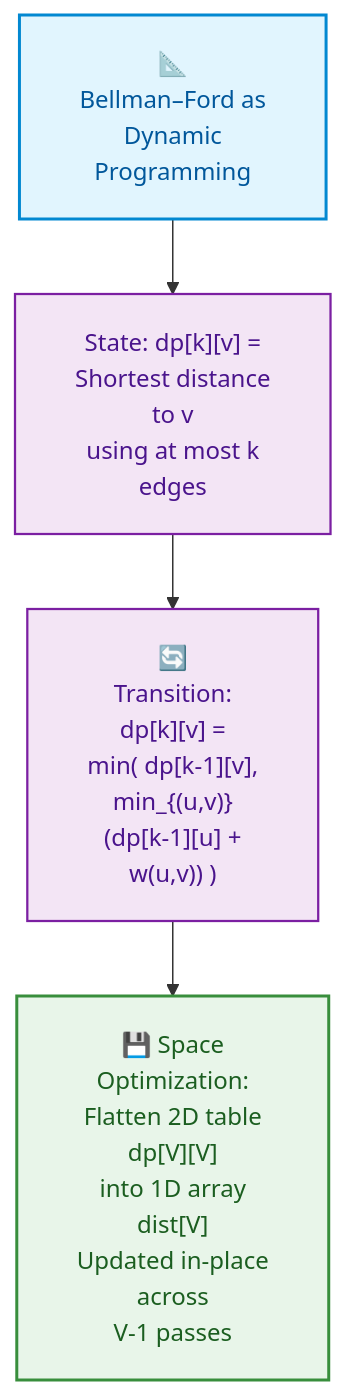
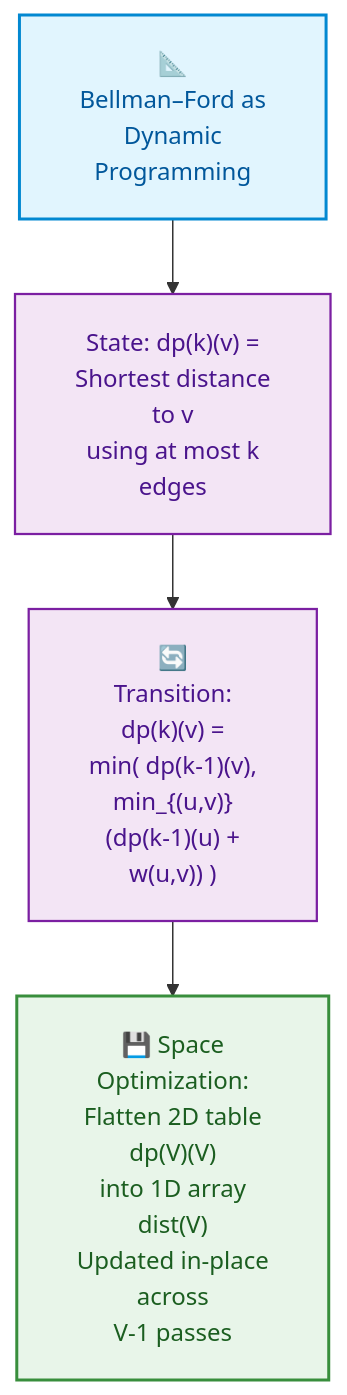
One commit to dip4k/DSA_102 changed the fifth of 15 diagrams in week_09_graph_algorithms_i/Week_09_Visual_Concepts_Playbook_HYBRID.md. Above: the diagram before and after it, drawn with Mermaid. The commit also changed other lines of this file and 147 other files, not shown here.

First line of the commit message:
feat(curriculum): enrich Weeks 01-19 instructional modules & resolve repository-wide Mermaid cutoff

````diff
--- a/week_09_graph_algorithms_i/Week_09_Visual_Concepts_Playbook_HYBRID.md
+++ b/week_09_graph_algorithms_i/Week_09_Visual_Concepts_Playbook_HYBRID.md
@@ -220,12 +220,12 @@
 ```mermaid
 %%{init: {"flowchart": {"htmlLabels": true, "padding": 20}, "themeCSS": "foreignObject { overflow: visible !important; }"}}%%
 flowchart TD
-    classDef dp fill:#e1f5fe,stroke:#0288d1,color:#01579b,stroke-width:2px;
-    classDef step fill:#f3e5f5,stroke:#7b1fa2,color:#4a148c,stroke-width:1.5px;
-    classDef opt fill:#e8f5e9,stroke:#388e3c,color:#1b5e20,stroke-width:2px;
+    classDef dp fill:#e1f5fe,stroke:#0288d1,color:#01579b,stroke-width:2px
+    classDef step fill:#f3e5f5,stroke:#7b1fa2,color:#4a148c,stroke-width:1.5px
+    classDef opt fill:#e8f5e9,stroke:#388e3c,color:#1b5e20,stroke-width:2px
 
     R["📐<br/>Bellman–Ford as<br/>Dynamic<br/>Programming"]:::dp
-    R --> S["State: dp[k][v] =<br/>Shortest distance<br/>to v<br/>using at most k<br/>edges"]:::step
-    S --> Rec["🔄<br/>Transition:<br/>dp[k][v] =<br/>min( dp[k-1][v],<br/>min_{(u,v)}<br/>(dp[k-1][u] +<br/>w(u,v)) )"]:::step
-    Rec --> Opt["💾 Space<br/>Optimization:<br/>Flatten 2D table<br/>dp[V][V]<br/>into 1D array<br/>dist[V]<br/>Updated in-place<br/>across<br/>V-1 passes"]:::opt
+    R --> S["State: dp(k)(v) =<br/>Shortest distance<br/>to v<br/>using at most k<br/>edges"]:::step
+    S --> Rec["🔄<br/>Transition:<br/>dp(k)(v) =<br/>min( dp(k-1)(v),<br/>min_{(u,v)}<br/>(dp(k-1)(u) +<br/>w(u,v)) )"]:::step
+    Rec --> Opt["💾 Space<br/>Optimization:<br/>Flatten 2D table<br/>dp(V)(V)<br/>into 1D array<br/>dist(V)<br/>Updated in-place<br/>across<br/>V-1 passes"]:::opt
 ```
````
